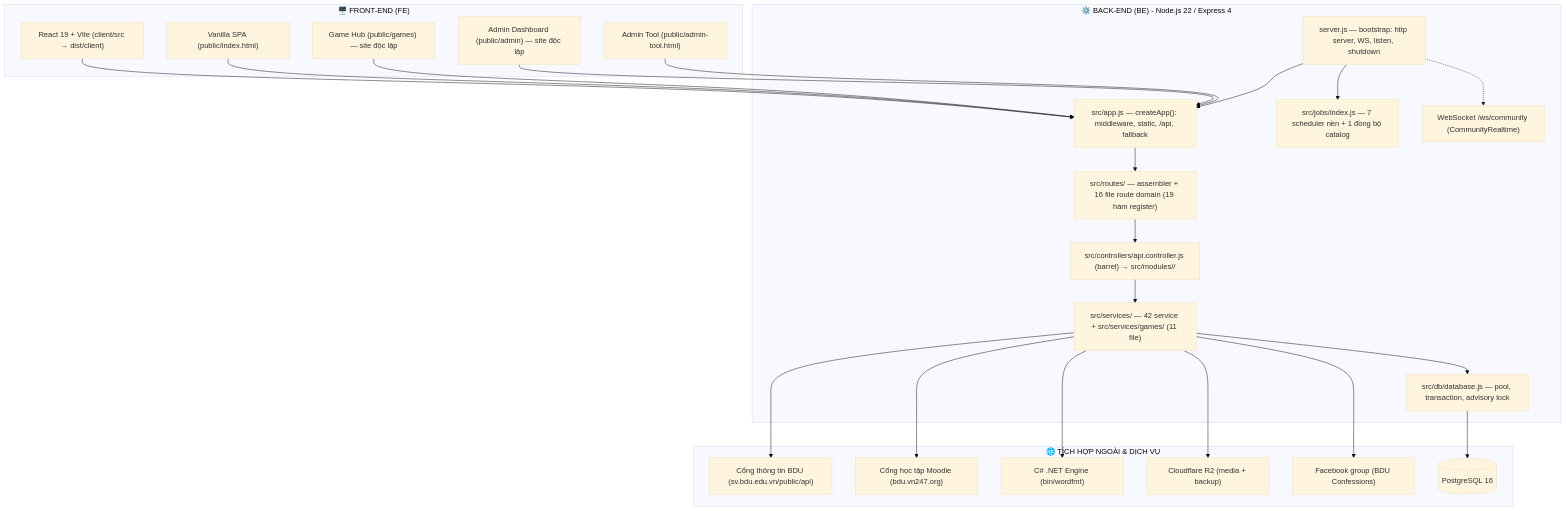
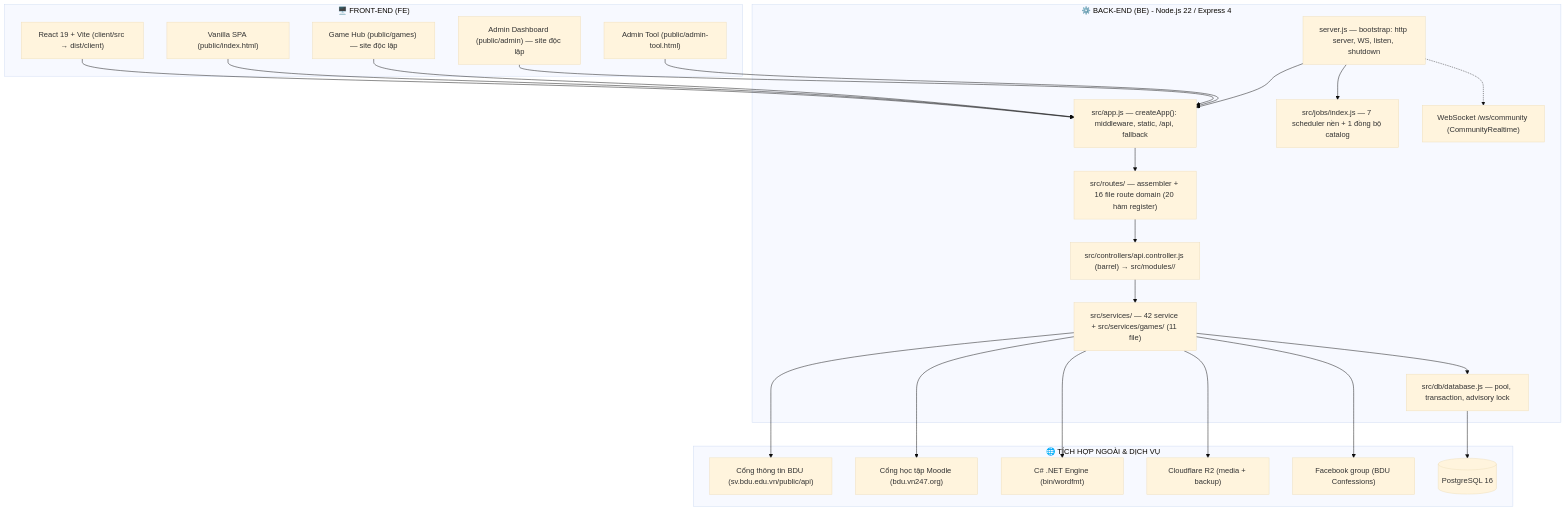
One commit to vdat293/bdu-tu-hoc changed the diagram in READFORME.md. Above: the diagram before and after it, drawn with Mermaid (base theme). The commit also changed other lines of this file and 3 other files, not shown here.

````diff
--- a/READFORME.md
+++ b/READFORME.md
@@ -20,50 +20,50 @@
 ```mermaid
 flowchart TB
     subgraph CLIENT["🖥️ FRONT-END (FE)"]
         REACT["React 19 + Vite (client/src → dist/client)"]
         LEGACY["Vanilla SPA (public/index.html)"]
         GAMES["Game Hub (public/games) — site độc lập"]
         ADMIN["Admin Dashboard (public/admin) — site độc lập"]
         ADMINTOOL["Admin Tool (public/admin-tool.html)"]
     end
 
     subgraph SERVER["⚙️ BACK-END (BE) - Node.js 22 / Express 4"]
         BOOT["server.js — bootstrap: http server, WS, listen, shutdown"]
         APP["src/app.js — createApp(): middleware, static, /api, fallback"]
         JOBS["src/jobs/index.js — 7 scheduler nền + 1 đồng bộ catalog"]
-        ROUTER["src/routes/ — assembler + 16 file route domain (19 hàm register)"]
+        ROUTER["src/routes/ — assembler + 16 file route domain (20 hàm register)"]
         CTRL["src/controllers/api.controller.js (barrel) → src/modules/<domain>/"]
         SVC["src/services/ — 42 service + src/services/games/ (11 file)"]
         DB["src/db/database.js — pool, transaction, advisory lock"]
         WS["WebSocket /ws/community (CommunityRealtime)"]
     end
 
     subgraph INTEGRATIONS["🌐 TÍCH HỢP NGOÀI & DỊCH VỤ"]
         BDU["Cổng thông tin BDU (sv.bdu.edu.vn/public/api)"]
         MOODLE["Cổng học tập Moodle (bdu.vn247.org)"]
         WORDFMT["C# .NET Engine (bin/wordfmt)"]
         R2["Cloudflare R2 (media + backup)"]
         FB["Facebook group (BDU Confessions)"]
         PGSQL[(PostgreSQL 16)]
     end
 
     REACT --> APP
     LEGACY --> APP
     GAMES --> APP
     ADMIN --> APP
     ADMINTOOL --> APP
     APP --> ROUTER
     ROUTER --> CTRL
     CTRL --> SVC
     SVC --> DB
     DB --> PGSQL
     BOOT -.-> WS
     BOOT --> APP
     BOOT --> JOBS
 
     SVC --> BDU
     SVC --> MOODLE
     SVC --> WORDFMT
     SVC --> R2
     SVC --> FB
 ```
````
